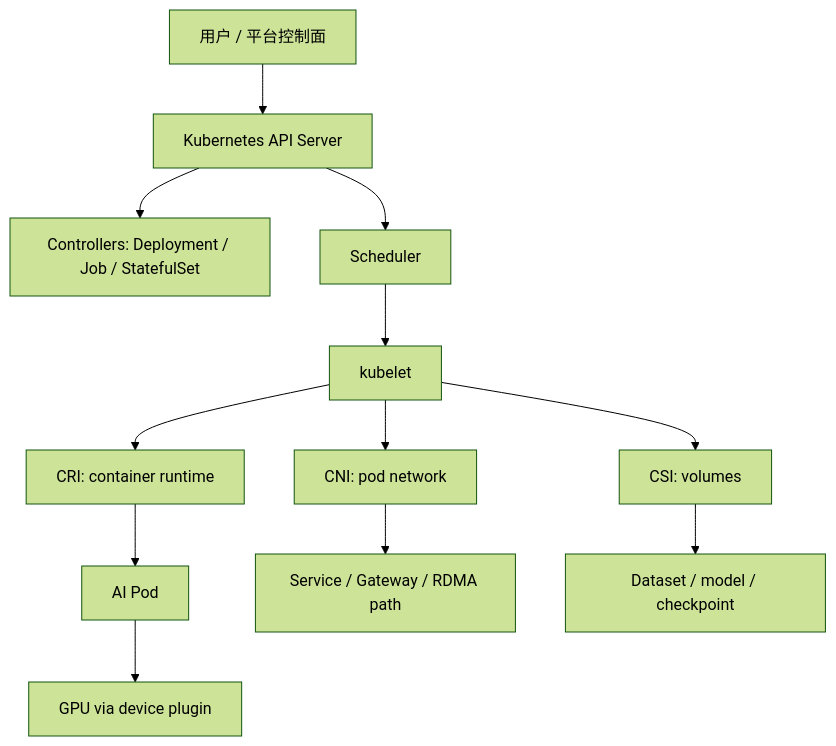
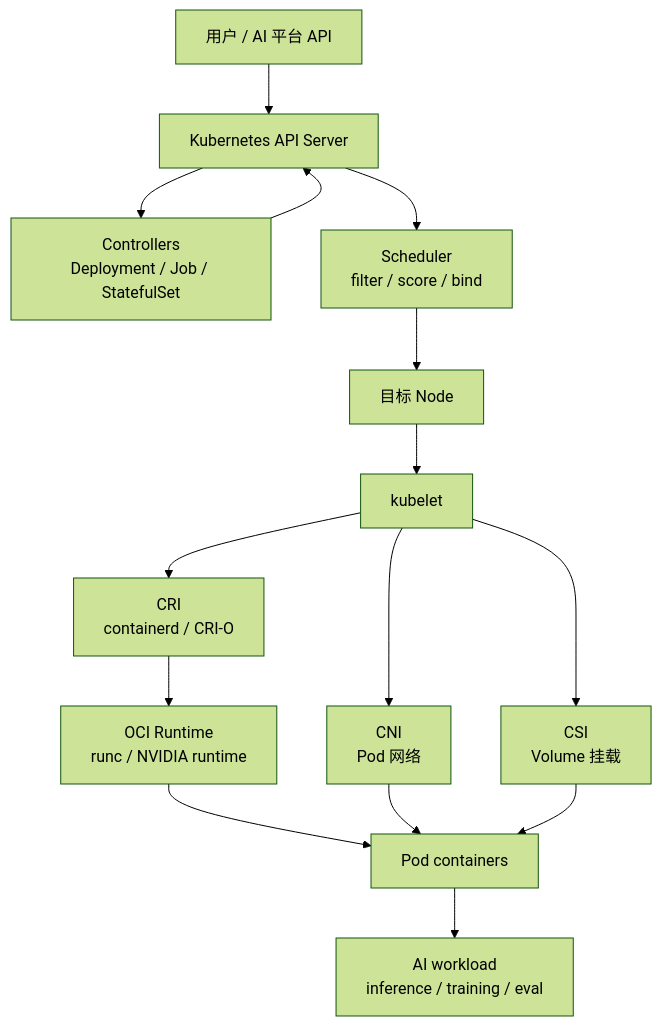
Before and after one commit to ikingye/ai-factory-engineering: the first of 2 diagrams in docs/part-05-orchestration/chapter-21-containers-kubernetes.md, drawn with Mermaid (forest theme). The commit also changed other lines of this file and 11 other files, not shown here.

Commit message:
docs: deepen gpu container coverage

````diff
--- a/docs/part-05-orchestration/chapter-21-containers-kubernetes.md
+++ b/docs/part-05-orchestration/chapter-21-containers-kubernetes.md
@@ -45,14 +38,17 @@
 ```mermaid
 flowchart TB
-  User["用户 / 平台控制面"] --> API["Kubernetes API Server"]
-  API --> Controller["Controllers: Deployment / Job / StatefulSet"]
-  API --> Scheduler["Scheduler"]
-  Scheduler --> Kubelet["kubelet"]
-  Kubelet --> CRI["CRI: container runtime"]
-  Kubelet --> CNI["CNI: pod network"]
-  Kubelet --> CSI["CSI: volumes"]
-  CRI --> Pod["AI Pod"]
-  CNI --> Network["Service / Gateway / RDMA path"]
-  CSI --> Storage["Dataset / model / checkpoint"]
-  Pod --> GPU["GPU via device plugin"]
+  User["用户 / AI 平台 API"] --> API["Kubernetes API Server"]
+  API --> Controllers["Controllers<br/>Deployment / Job / StatefulSet"]
+  API --> Scheduler["Scheduler<br/>filter / score / bind"]
+  Scheduler --> Node["目标 Node"]
+  Controllers --> API
+  Node --> Kubelet["kubelet"]
+  Kubelet --> CRI["CRI<br/>containerd / CRI-O"]
+  Kubelet --> CNI["CNI<br/>Pod 网络"]
+  Kubelet --> CSI["CSI<br/>Volume 挂载"]
+  CRI --> Runtime["OCI Runtime<br/>runc / NVIDIA runtime"]
+  Runtime --> Pod["Pod containers"]
+  CNI --> Pod
+  CSI --> Pod
+  Pod --> App["AI workload<br/>inference / training / eval"]
 ```
````
